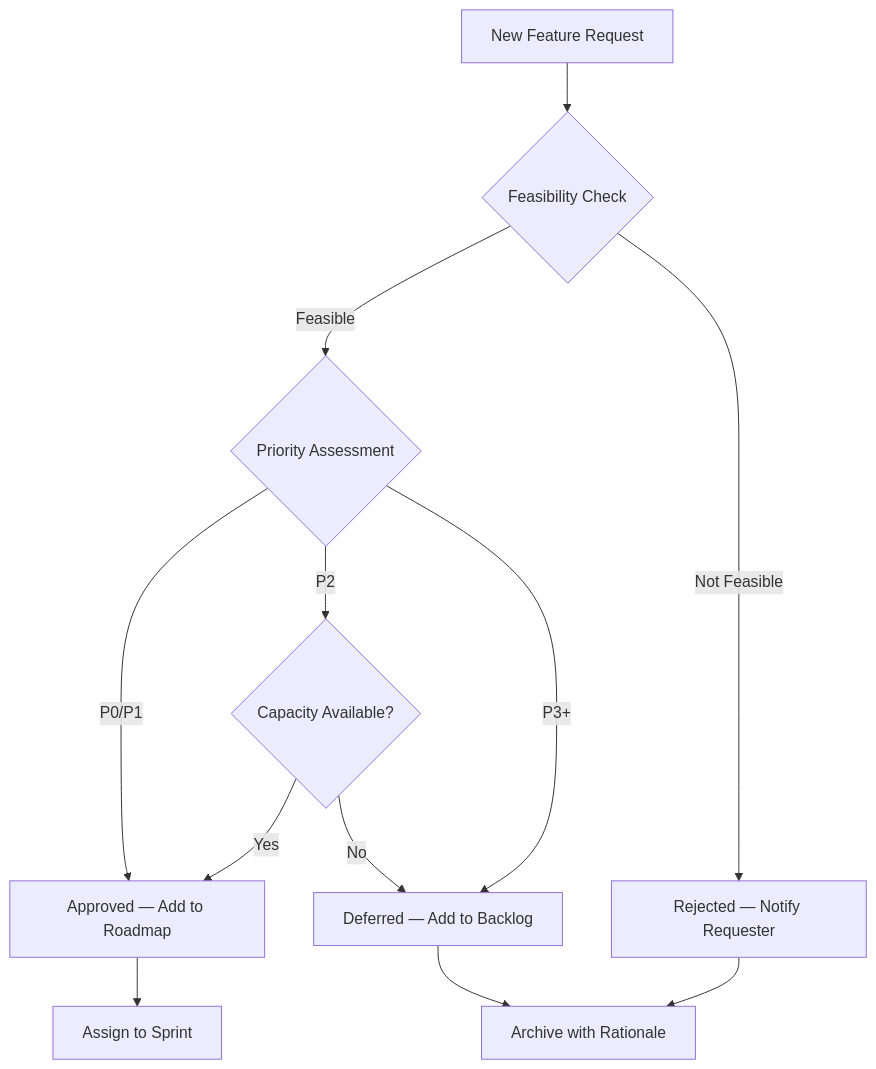
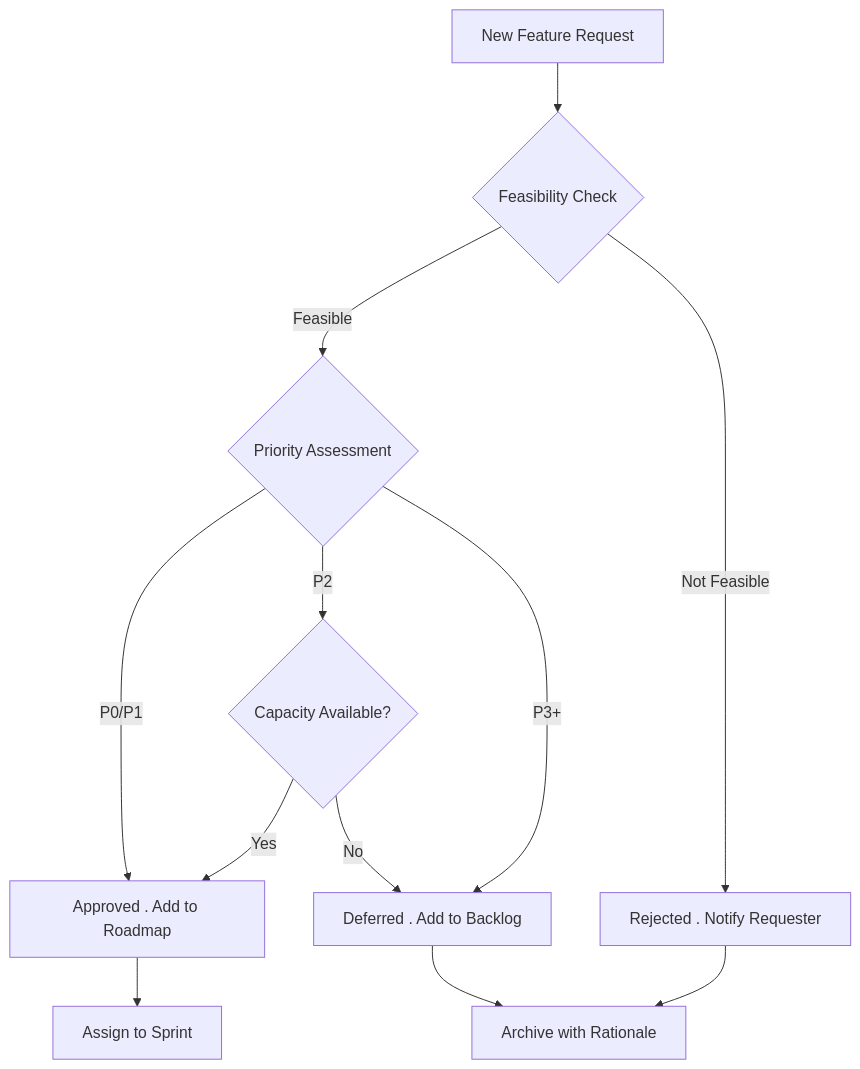
The first of 15 diagrams in skills/utility-mermaid-diagrams/references/pm-use-cases.md (rtmendes/pm-skills), drawn with Mermaid before and after one commit. The commit also changed other lines of this file and 482 other files, not shown here.

````diff
--- a/skills/utility-mermaid-diagrams/references/pm-use-cases.md
+++ b/skills/utility-mermaid-diagrams/references/pm-use-cases.md
@@ -35,14 +35,14 @@
 ```mermaid
 flowchart TD
     A[New Feature Request] --> B{Feasibility Check}
     B -->|Feasible| C{Priority Assessment}
-    B -->|Not Feasible| D[Rejected — Notify Requester]
-    C -->|P0/P1| E[Approved — Add to Roadmap]
+    B -->|Not Feasible| D[Rejected . Notify Requester]
+    C -->|P0/P1| E[Approved . Add to Roadmap]
     C -->|P2| F{Capacity Available?}
-    C -->|P3+| G[Deferred — Add to Backlog]
+    C -->|P3+| G[Deferred . Add to Backlog]
     F -->|Yes| E
     F -->|No| G
     E --> H[Assign to Sprint]
     D --> I[Archive with Rationale]
     G --> I
 ```
````
